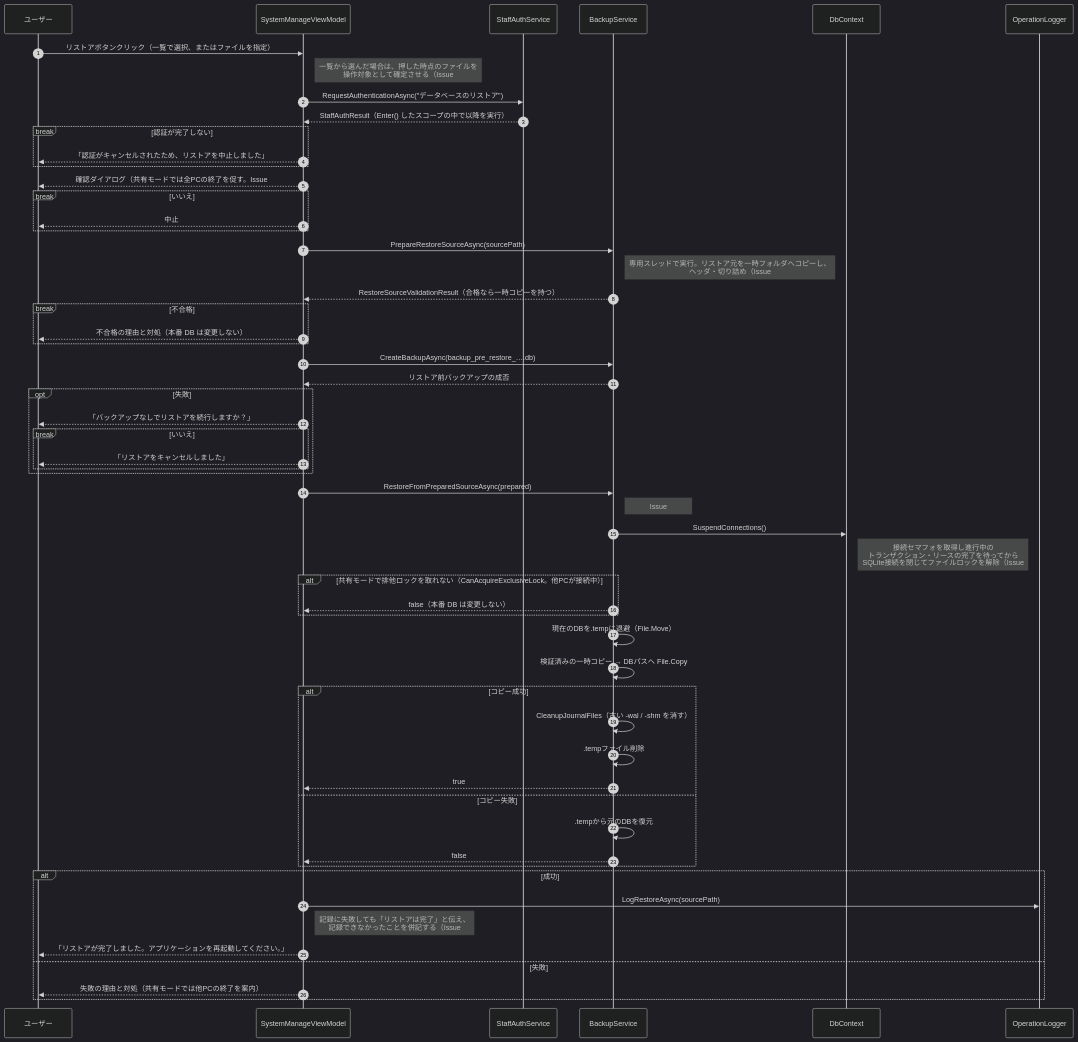
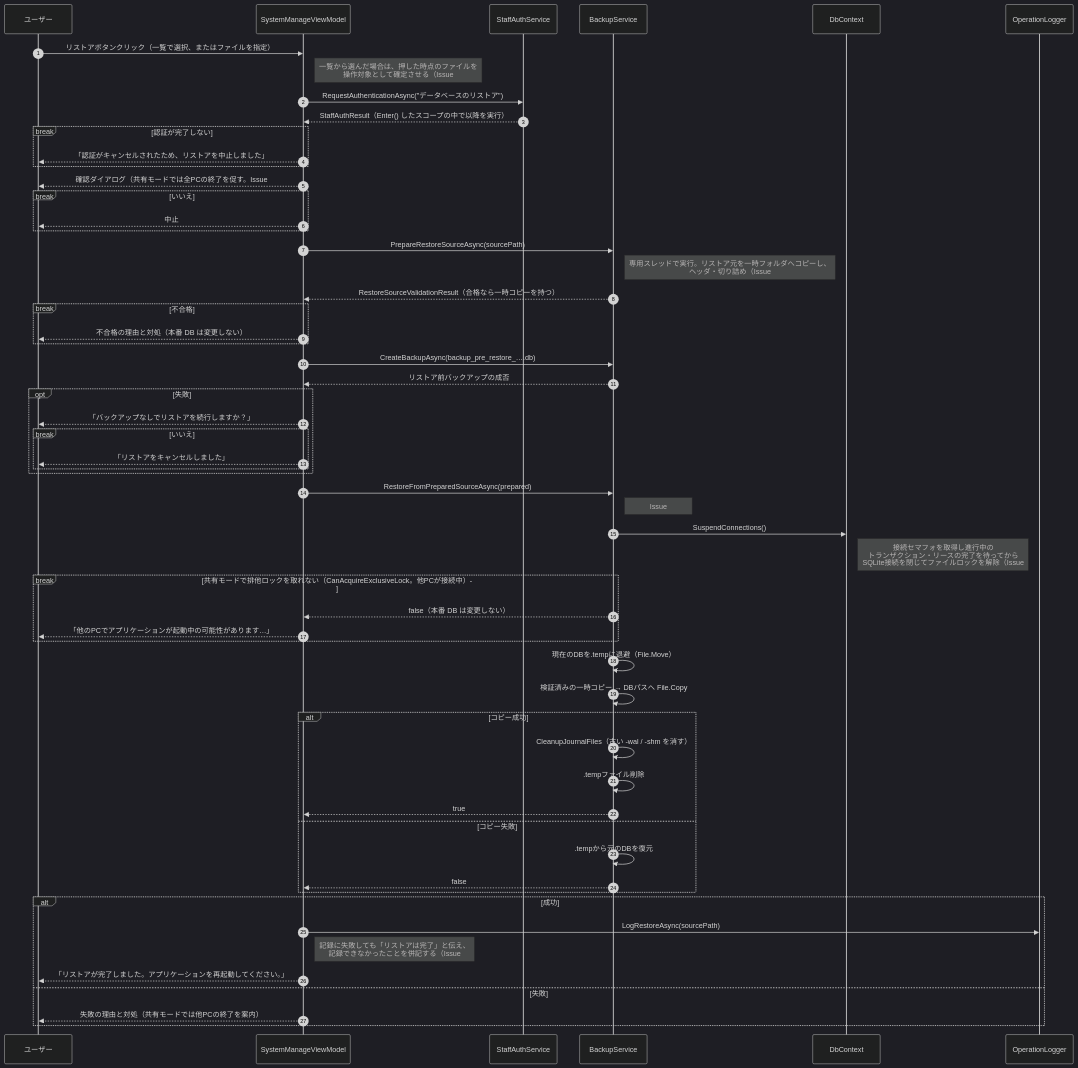
Diagram 14 of 17 in ICCardManager/docs/design/06_シーケンス図.md (kuwayamamasayuki/ICCardManager), drawn with Mermaid (dark theme) before and after one commit. The commit also changed other lines of this file, not shown here.

First line of the commit message:
docs: シーケンス図のレビュー指摘 4 回目を反映した（#2310）

````diff
--- a/ICCardManager/docs/design/06_シーケンス図.md
+++ b/ICCardManager/docs/design/06_シーケンス図.md
@@ -930,67 +953,68 @@
 ```mermaid
 sequenceDiagram
     autonumber
     participant User as ユーザー
     participant VM as SystemManageViewModel
     participant Auth as StaffAuthService
     participant BS as BackupService
     participant DB as DbContext
     participant OL as OperationLogger
 
     User->>VM: リストアボタンクリック（一覧で選択、またはファイルを指定）
     Note right of VM: 一覧から選んだ場合は、押した時点のファイルを<br/>操作対象として確定させる（Issue #1761）
 
     VM->>Auth: RequestAuthenticationAsync("データベースのリストア")
     Auth-->>VM: StaffAuthResult（Enter() したスコープの中で以降を実行）
     break 認証が完了しない
         VM-->>User: 「認証がキャンセルされたため、リストアを中止しました」
     end
 
     VM-->>User: 確認ダイアログ（共有モードでは全PCの終了を促す。Issue #1108）
     break いいえ
         VM-->>User: 中止
     end
 
     VM->>BS: PrepareRestoreSourceAsync(sourcePath)
     Note right of BS: 専用スレッドで実行。リストア元を一時フォルダへコピーし、<br/>ヘッダ・切り詰め（Issue #1748）・PRAGMA quick_check・<br/>本システムの DB の印・SchemaObjectInspector・<br/>スキーマの版を検証する（Issue #2269）
     BS-->>VM: RestoreSourceValidationResult（合格なら一時コピーを持つ）
     break 不合格
         VM-->>User: 不合格の理由と対処（本番 DB は変更しない）
     end
 
     VM->>BS: CreateBackupAsync(backup_pre_restore_….db)
     BS-->>VM: リストア前バックアップの成否
     opt 失敗
         VM-->>User: 「バックアップなしでリストアを続行しますか？」
         break いいえ
             VM-->>User: 「リストアをキャンセルしました」
         end
     end
 
     VM->>BS: RestoreFromPreparedSourceAsync(prepared)
     Note right of BS: Issue #1809: Task.Run で同期版を委譲（SuspendConnections が<br/>セマフォを同期取得するため UI スレッドでは<br/>#1281 のガードで拒否される）
     BS->>DB: SuspendConnections()
     Note right of DB: 接続セマフォを取得し進行中の<br/>トランザクション・リースの完了を待ってから<br/>SQLite接続を閉じてファイルロックを解除（Issue #1809）。<br/>停止中に到着した書き込みは解除まで待機
-    alt 共有モードで排他ロックを取れない（CanAcquireExclusiveLock。他PCが接続中）
+    break 共有モードで排他ロックを取れない（CanAcquireExclusiveLock。他PCが接続中）
         BS-->>VM: false（本番 DB は変更しない）
+        VM-->>User: 「他のPCでアプリケーションが起動中の可能性があります…」
     end
     BS->>BS: 現在のDBを.tempに退避（File.Move）
     BS->>BS: 検証済みの一時コピー → DBパスへ File.Copy
 
     alt コピー成功
         BS->>BS: CleanupJournalFiles（古い -wal / -shm を消す）
         BS->>BS: .tempファイル削除
         BS-->>VM: true
     else コピー失敗
         BS->>BS: .tempから元のDBを復元
         BS-->>VM: false
     end
 
     alt 成功
         VM->>OL: LogRestoreAsync(sourcePath)
         Note right of VM: 記録に失敗しても「リストアは完了」と伝え、<br/>記録できなかったことを併記する（Issue #2130）
         VM-->>User: 「リストアが完了しました。アプリケーションを再起動してください。」
     else 失敗
         VM-->>User: 失敗の理由と対処（共有モードでは他PCの終了を案内）
     end
 ```
````
